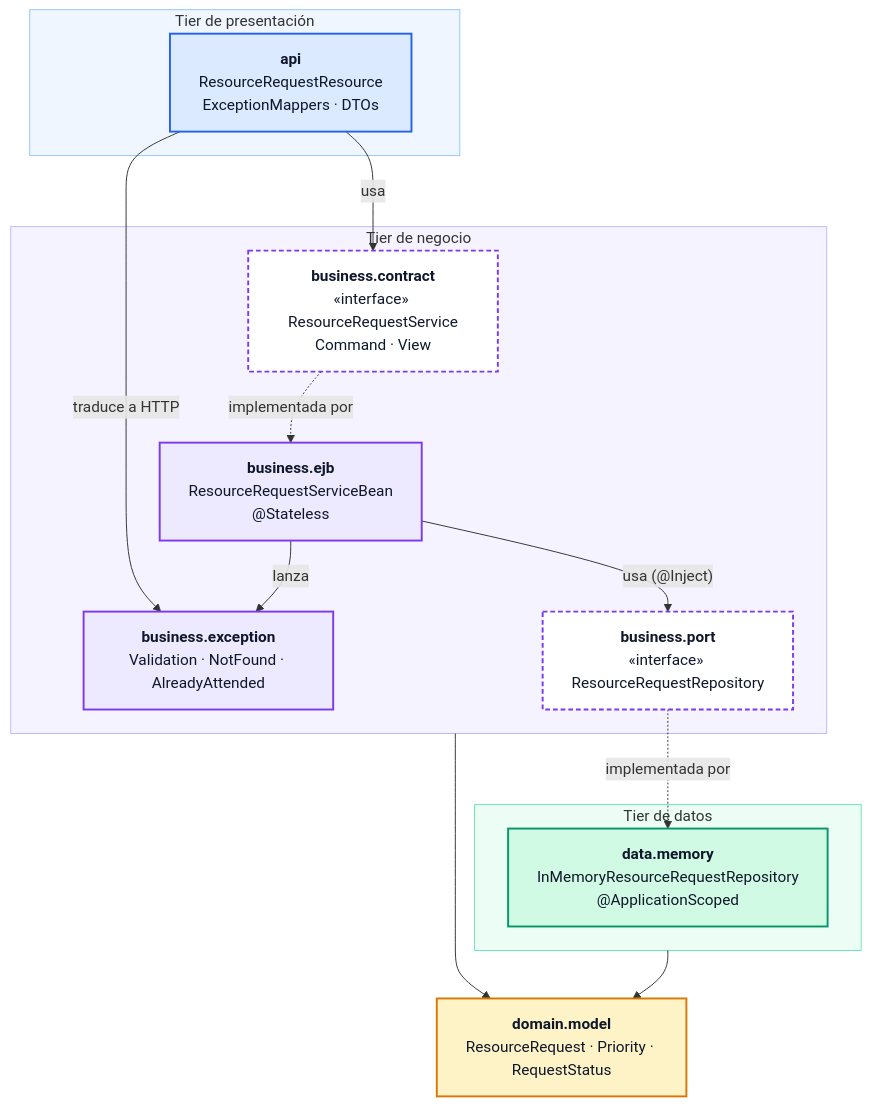
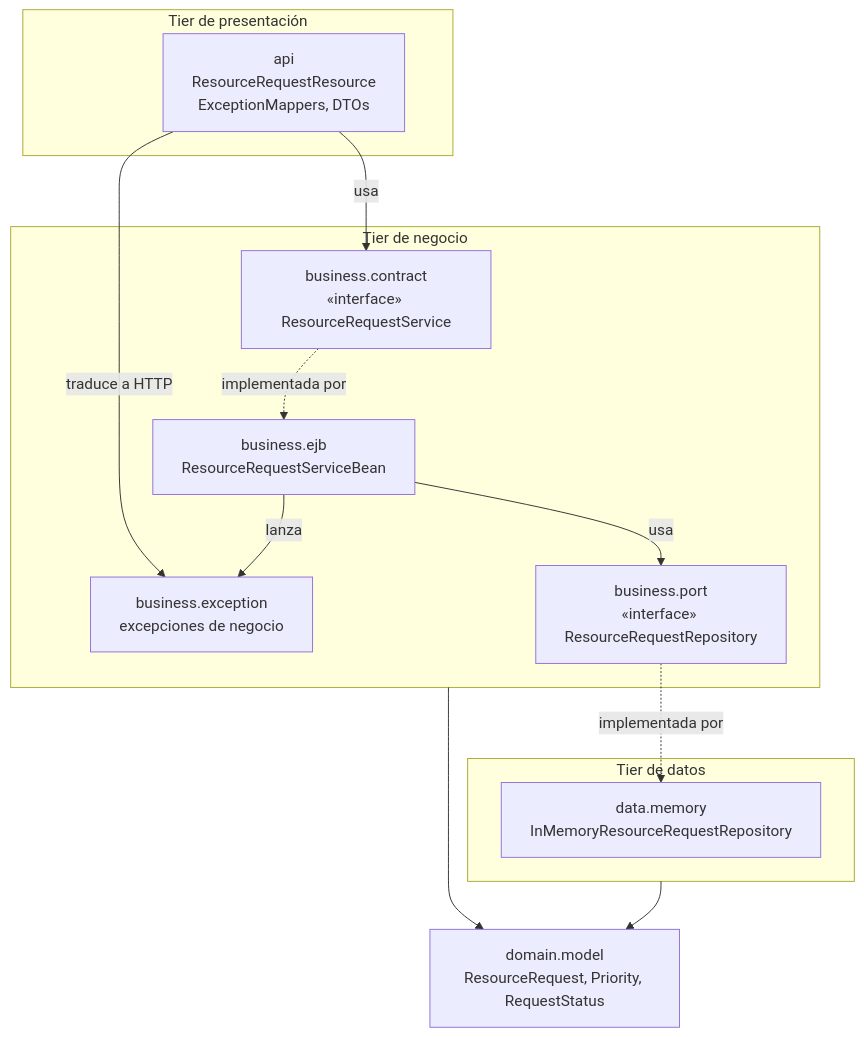
One commit to andreMD287/JEE-Negocio changed the first of 9 diagrams in docs/arquitectura.md. Above: the diagram before and after it, drawn with Mermaid. The commit also changed other lines of this file and 2 other files, not shown here.

Commit message:
Documentación: diagramas en blanco y negro y evidencias resumidas

````diff
--- a/docs/arquitectura.md
+++ b/docs/arquitectura.md
@@ -42,38 +41,25 @@
 ```mermaid
 flowchart TB
-    classDef api fill:#DBEAFE,stroke:#2563EB,stroke-width:2px,color:#0F172A
-    classDef biz fill:#EDE9FE,stroke:#7C3AED,stroke-width:2px,color:#0F172A
-    classDef port fill:#FFFFFF,stroke:#7C3AED,stroke-width:2px,stroke-dasharray:5 3,color:#0F172A
-    classDef dom fill:#FEF3C7,stroke:#D97706,stroke-width:2px,color:#0F172A
-    classDef data fill:#D1FAE5,stroke:#059669,stroke-width:2px,color:#0F172A
-
     subgraph L1["Tier de presentación"]
-        API["<b>api</b><br/>ResourceRequestResource<br/>ExceptionMappers · DTOs"]:::api
+        API["api<br/>ResourceRequestResource<br/>ExceptionMappers, DTOs"]
     end
-
     subgraph L2["Tier de negocio"]
-        CONTRACT["<b>business.contract</b><br/>«interface» ResourceRequestService<br/>Command · View"]:::port
-        EJB["<b>business.ejb</b><br/>ResourceRequestServiceBean<br/>@Stateless"]:::biz
-        EXC["<b>business.exception</b><br/>Validation · NotFound · AlreadyAttended"]:::biz
-        PORT["<b>business.port</b><br/>«interface» ResourceRequestRepository"]:::port
+        CONTRACT["business.contract<br/>«interface» ResourceRequestService"]
+        EJB["business.ejb<br/>ResourceRequestServiceBean"]
+        EXC["business.exception<br/>excepciones de negocio"]
+        PORT["business.port<br/>«interface» ResourceRequestRepository"]
     end
-
     subgraph L3["Tier de datos"]
-        DATA["<b>data.memory</b><br/>InMemoryResourceRequestRepository<br/>@ApplicationScoped"]:::data
+        DATA["data.memory<br/>InMemoryResourceRequestRepository"]
     end
-
-    DOMAIN["<b>domain.model</b><br/>ResourceRequest · Priority · RequestStatus"]:::dom
+    DOMAIN["domain.model<br/>ResourceRequest, Priority, RequestStatus"]
 
     API -->|usa| CONTRACT
     API -->|traduce a HTTP| EXC
     CONTRACT -.->|implementada por| EJB
     EJB -->|lanza| EXC
-    EJB -->|"usa (@Inject)"| PORT
+    EJB -->|usa| PORT
     PORT -.->|implementada por| DATA
     L2 --> DOMAIN
     L3 --> DOMAIN
-
-    style L1 fill:#EFF6FF,stroke:#93C5FD
-    style L2 fill:#F5F3FF,stroke:#C4B5FD
-    style L3 fill:#ECFDF5,stroke:#6EE7B7
 ```
````
